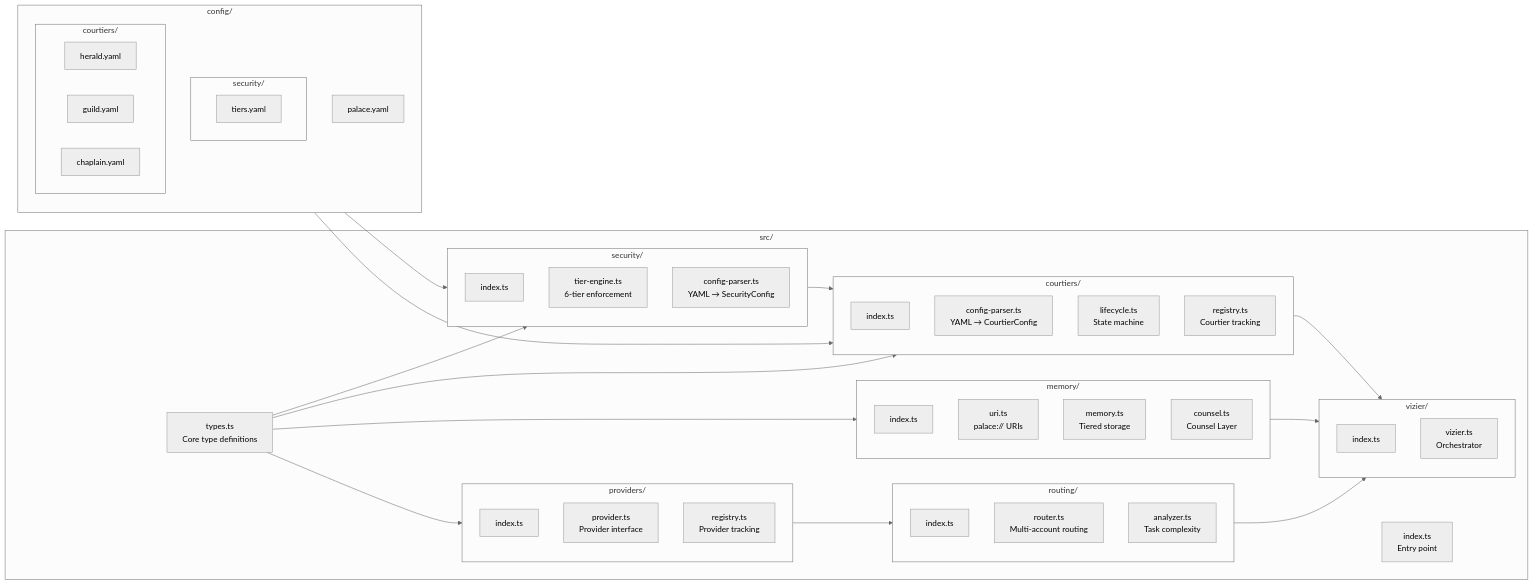
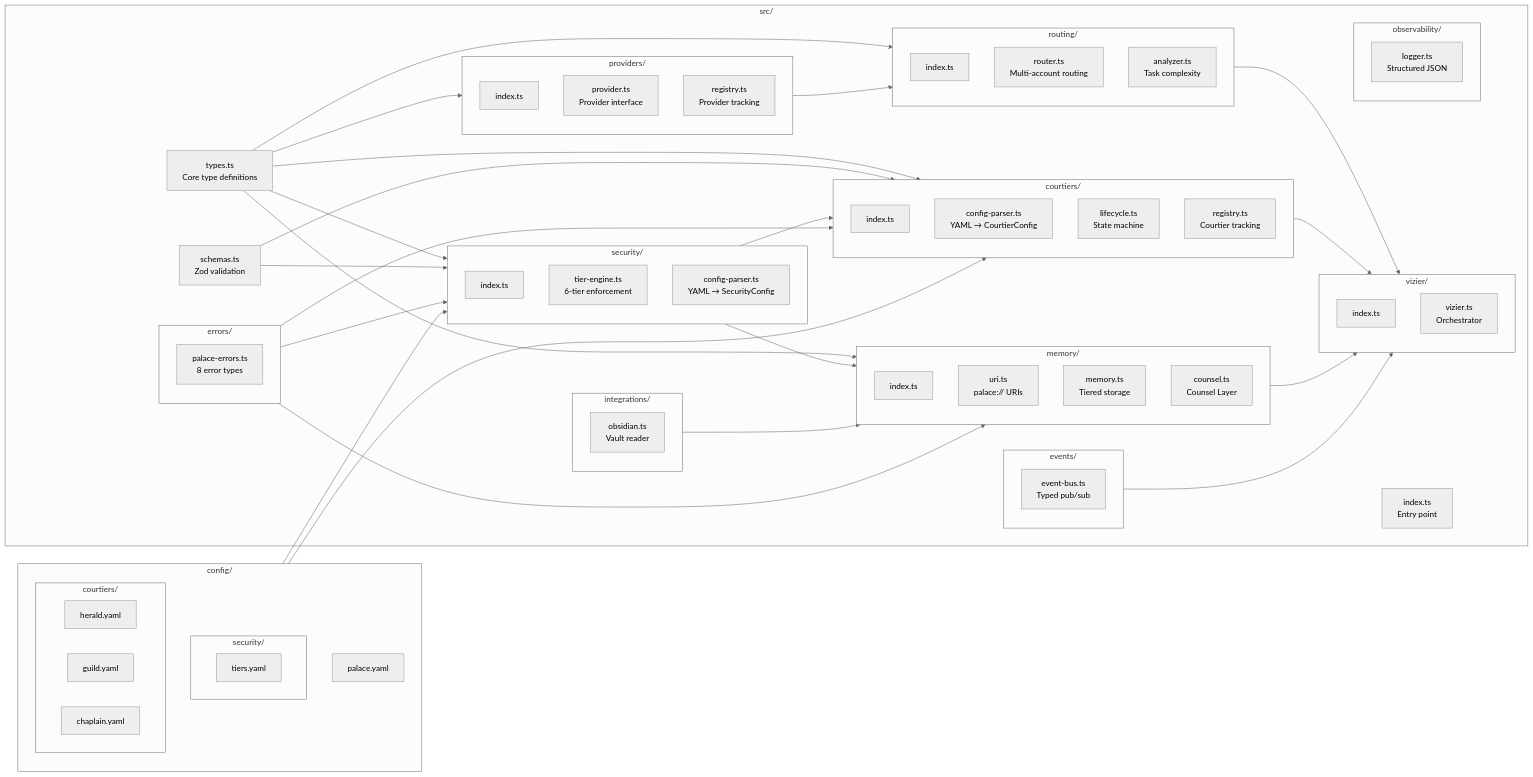
The first of 8 diagrams in docs/codebase-map.md (kevinjoy/palace-ai), drawn with Mermaid (neutral theme) before and after one commit. The commit also changed 2 other files, not shown here.

Commit message:
feat: Phase 1 Step 7 — Obsidian vault integration (read-only)
INTERN-60: Obsidian integration complete.

- ObsidianReader: reads markdown notes from vault with frontmatter parsing
- readNote: parses YAML frontmatter (title, tags, date) + content body
- listNotes: enumerates markdown files in a vault directory
- readDailyNote: shorthand for Daily Notes/{date}.md lookup
- toPalaceMemory: converts Obsidian notes to Palace memory WriteInput format
  with proper palace:// URI and security tier assignment
- Codebase map updated with events, errors, observability, integrations, schemas modules
- 9 new tests covering note reading, frontmatter, daily notes, conversion
- 138 total tests passing, typecheck clean

````diff
--- a/docs/codebase-map.md
+++ b/docs/codebase-map.md
@@ -50,6 +50,24 @@
             viz_idx["index.ts"]
             viz["vizier.ts<br/>Orchestrator"]
         end
+
+        subgraph events["events/"]
+            ebus["event-bus.ts<br/>Typed pub/sub"]
+        end
+
+        subgraph errors["errors/"]
+            perr["palace-errors.ts<br/>8 error types"]
+        end
+
+        subgraph observability["observability/"]
+            logger["logger.ts<br/>Structured JSON"]
+        end
+
+        subgraph integrations["integrations/"]
+            obsidian["obsidian.ts<br/>Vault reader"]
+        end
+
+        schemas["schemas.ts<br/>Zod validation"]
     end
 
     subgraph config["config/"]
@@ -68,11 +86,20 @@
     types --> courtiers
     types --> memory
     types --> providers
+    types --> routing
+    schemas --> security
+    schemas --> courtiers
+    security --> memory
     security --> courtiers
     providers --> routing
     routing --> vizier
     courtiers --> vizier
     memory --> vizier
+    events --> vizier
+    integrations --> memory
+    errors --> security
+    errors --> memory
+    errors --> courtiers
     config --> security
     config --> courtiers
 ```
````
